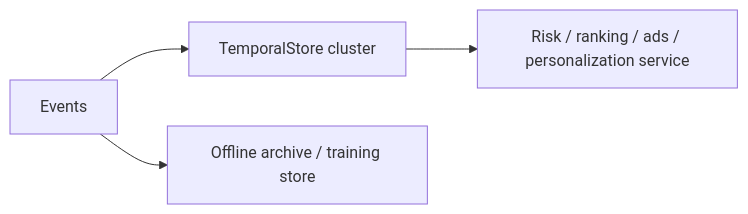
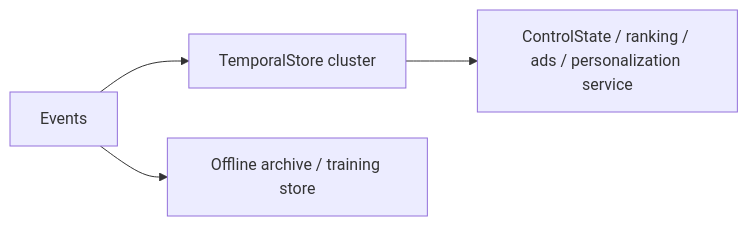
One commit to matrixarkai/TemporalStore changed the second of 4 diagrams in docs/TEMPORALSTORE_ONE_CLUSTER_TEMPORAL_FEATURES.md. Above: the diagram before and after it, drawn with Mermaid. The commit also changed other lines of this file and 202 other files, not shown here.

Commit message:
Rename risk surface to control state

````diff
--- a/docs/TEMPORALSTORE_ONE_CLUSTER_TEMPORAL_FEATURES.md
+++ b/docs/TEMPORALSTORE_ONE_CLUSTER_TEMPORAL_FEATURES.md
@@ -47,11 +47,11 @@
 ```mermaid
 flowchart LR
     Events["Events"]
     TS["TemporalStore cluster"]
-    Service["Risk / ranking / ads / personalization service"]
+    Service["ControlState / ranking / ads / personalization service"]
     Offline["Offline archive / training store"]
 
     Events --> TS
     TS --> Service
     Events --> Offline
 ```
````
